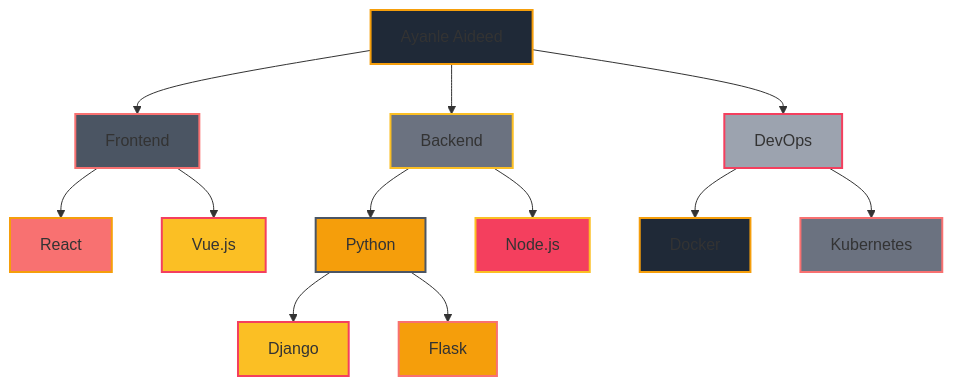
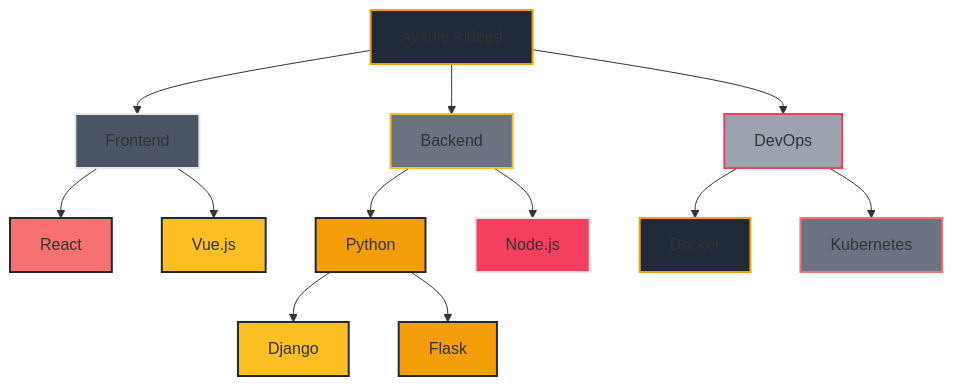
The diagram in README.md (Ayanleaideed/Ayanleaideed), drawn with Mermaid before and after one commit. The commit also changed other lines of this file, not shown here.

````diff
--- a/README.md
+++ b/README.md
@@ -114,29 +116,30 @@
 ```mermaid
 graph TD
     A[Ayanle Aideed] --> B[Frontend]
     A --> C[Backend]
     A --> D[DevOps]
     B --> E[React]
     B --> F[Vue.js]
     C --> G[Python]
     C --> H[Node.js]
     D --> I[Docker]
     D --> J[Kubernetes]
     G --> L[Django]
     G --> M[Flask]
 
     style A fill:#1F2937,stroke:#F59E0B,stroke-width:2px
-    style B fill:#4B5563,stroke:#F87171,stroke-width:2px
+    style B fill:#4B5563,stroke:#E5E7EB,stroke-width:2px
     style C fill:#6B7280,stroke:#FBBF24,stroke-width:2px
     style D fill:#9CA3AF,stroke:#F43F5E,stroke-width:2px
-    style E fill:#F87171,stroke:#F59E0B,stroke-width:2px
-    style F fill:#FBBF24,stroke:#F43F5E,stroke-width:2px
-    style G fill:#F59E0B,stroke:#4B5563,stroke-width:2px
-    style H fill:#F43F5E,stroke:#FBBF24,stroke-width:2px
+    style E fill:#F87171,stroke:#1F2937,stroke-width:2px
+    style F fill:#FBBF24,stroke:#1F2937,stroke-width:2px
+    style G fill:#F59E0B,stroke:#1F2937,stroke-width:2px
+    style H fill:#F43F5E,stroke:#E5E7EB,stroke-width:2px
     style I fill:#1F2937,stroke:#F59E0B,stroke-width:2px
     style J fill:#6B7280,stroke:#F87171,stroke-width:2px
-    style L fill:#FBBF24,stroke:#F43F5E,stroke-width:2px
-    style M fill:#F59E0B,stroke:#F87171,stroke-width:2px
+    style L fill:#FBBF24,stroke:#1F2937,stroke-width:2px
+    style M fill:#F59E0B,stroke:#1F2937,stroke-width:2px
+
 
 
 ```
````
